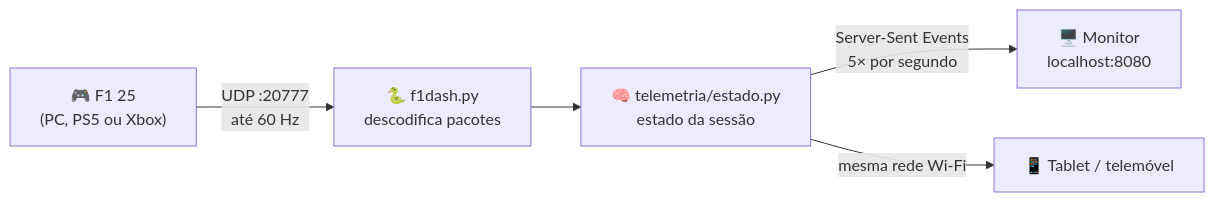
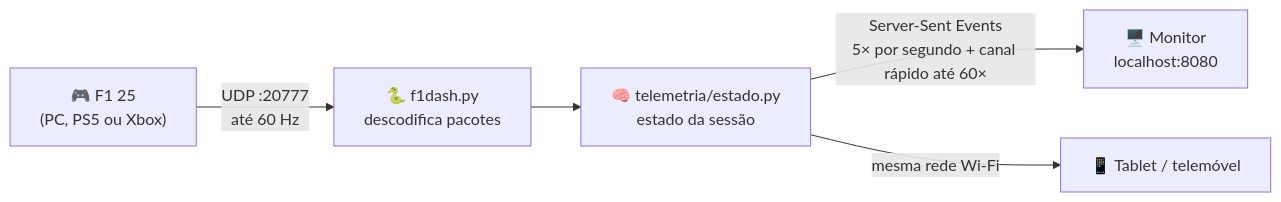
Before and after one commit to heldersilva28/f1Dash: the diagram in README.md, drawn with Mermaid. The commit also changed other lines of this file and 7 other files, not shown here.

````diff
--- a/README.md
+++ b/README.md
@@ -355,7 +355,7 @@
 ```mermaid
 flowchart LR
     A["🎮 F1 25<br>(PC, PS5 ou Xbox)"] -- "UDP :20777<br>até 60 Hz" --> B["🐍 f1dash.py<br>descodifica pacotes"]
     B --> C["🧠 telemetria/estado.py<br>estado da sessão"]
-    C -- "Server-Sent Events<br>5× por segundo" --> D["🖥️ Monitor<br>localhost:8080"]
+    C -- "Server-Sent Events<br>5× por segundo + canal rápido até 60×" --> D["🖥️ Monitor<br>localhost:8080"]
     C -- "mesma rede Wi-Fi" --> E["📱 Tablet / telemóvel"]
 ```
````
